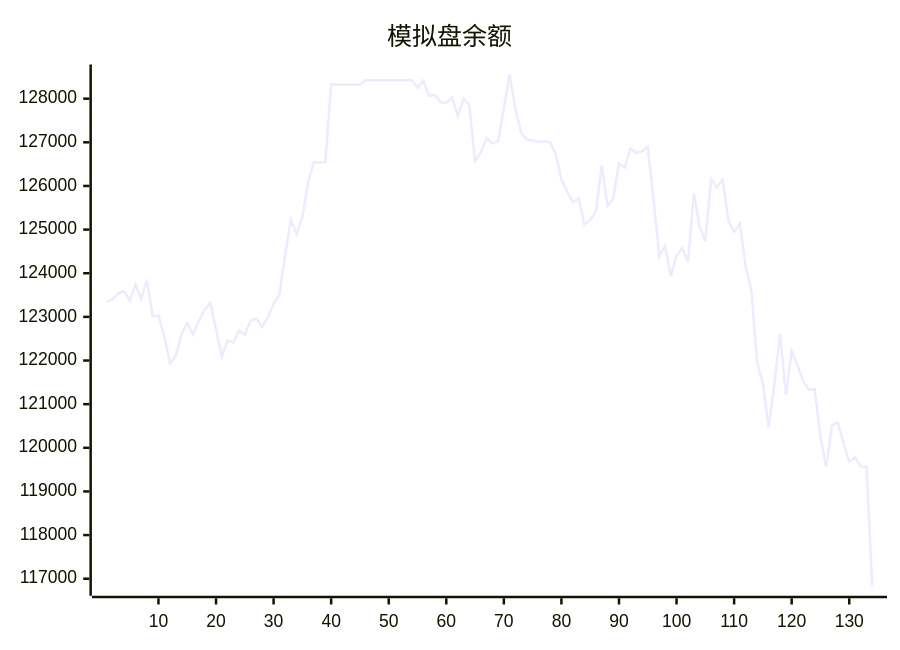
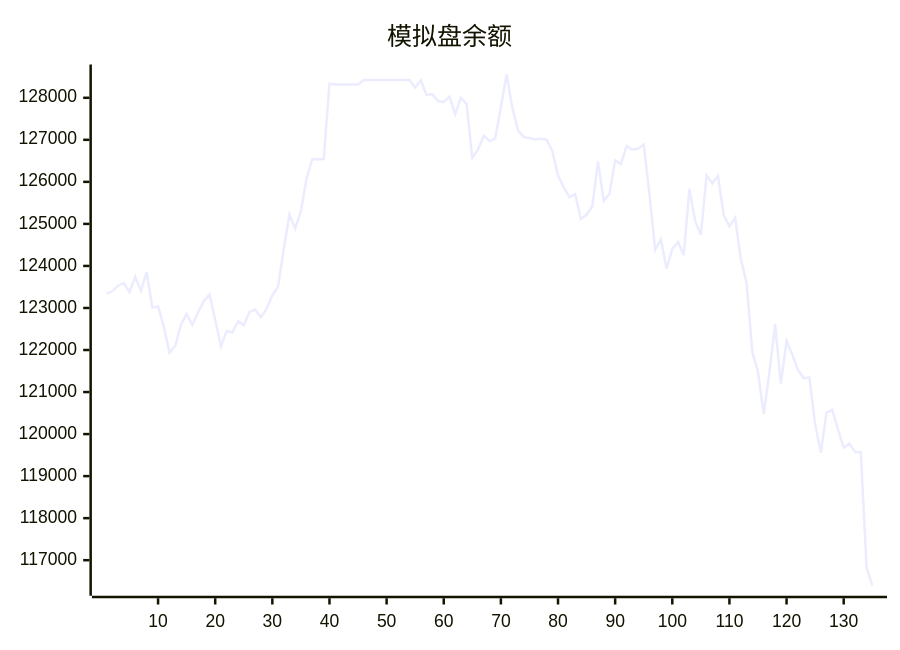
The diagram in README.md (aahl/ai-trading), drawn with Mermaid before and after one commit. The commit also changed other lines of this file and 1 other file, not shown here.

````diff
--- a/README.md
+++ b/README.md
@@ -5,5 +5,5 @@
 ```mermaid
 xychart
     title "模拟盘余额"
-    line [123338,123402,123530,123592,123378,123745,123413,123853,123009,123040,122557,121938,122095,122599,122856,122597,122898,123160,123319,122719,122087,122454,122416,122685,122592,122907,122961,122776,122981,123295,123507,124403,125224,124894,125303,126088,126544,126534,126549,128335,128318,128318,128318,128318,128318,128424,128424,128424,128424,128424,128424,128424,128424,128424,128247,128412,128062,128087,127917,127901,128026,127611,128000,127850,126572,126770,127100,126971,127029,127783,128554,127765,127224,127064,127044,127009,127025,127004,126738,126152,125871,125635,125707,125117,125217,125420,126480,125545,125715,126511,126424,126856,126764,126788,126890,125710,124381,124632,123936,124402,124574,124256,125833,125070,124739,126154,125966,126145,125213,124943,125143,124157,123604,121959,121476,120476,121470,122610,121201,122221,121889,121522,121332,121344,120232,119559,120513,120577,120108,119680,119777,119572,119568,116839]
+    line [123338,123402,123530,123592,123378,123745,123413,123853,123009,123040,122557,121938,122095,122599,122856,122597,122898,123160,123319,122719,122087,122454,122416,122685,122592,122907,122961,122776,122981,123295,123507,124403,125224,124894,125303,126088,126544,126534,126549,128335,128318,128318,128318,128318,128318,128424,128424,128424,128424,128424,128424,128424,128424,128424,128247,128412,128062,128087,127917,127901,128026,127611,128000,127850,126572,126770,127100,126971,127029,127783,128554,127765,127224,127064,127044,127009,127025,127004,126738,126152,125871,125635,125707,125117,125217,125420,126480,125545,125715,126511,126424,126856,126764,126788,126890,125710,124381,124632,123936,124402,124574,124256,125833,125070,124739,126154,125966,126145,125213,124943,125143,124157,123604,121959,121476,120476,121470,122610,121201,122221,121889,121522,121332,121344,120232,119559,120513,120577,120108,119680,119777,119572,119568,116839,116392]
 ```
````
